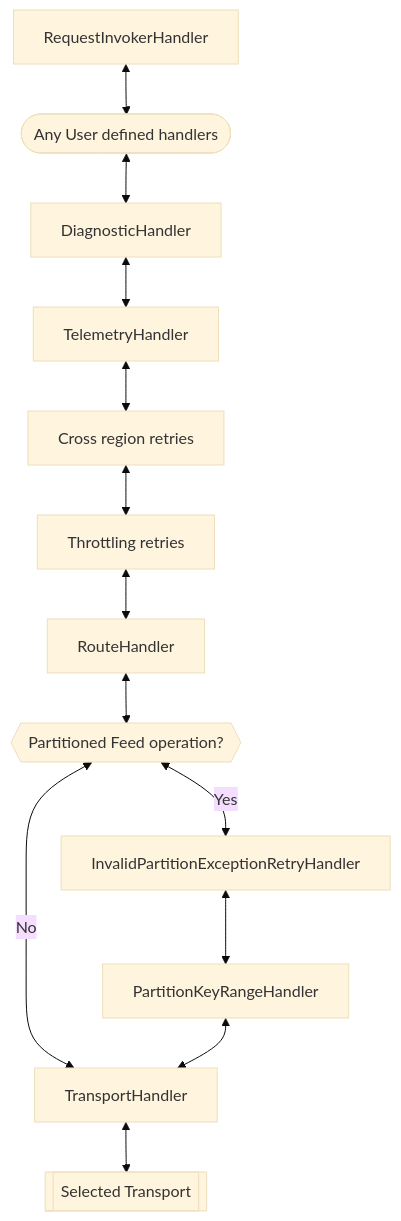
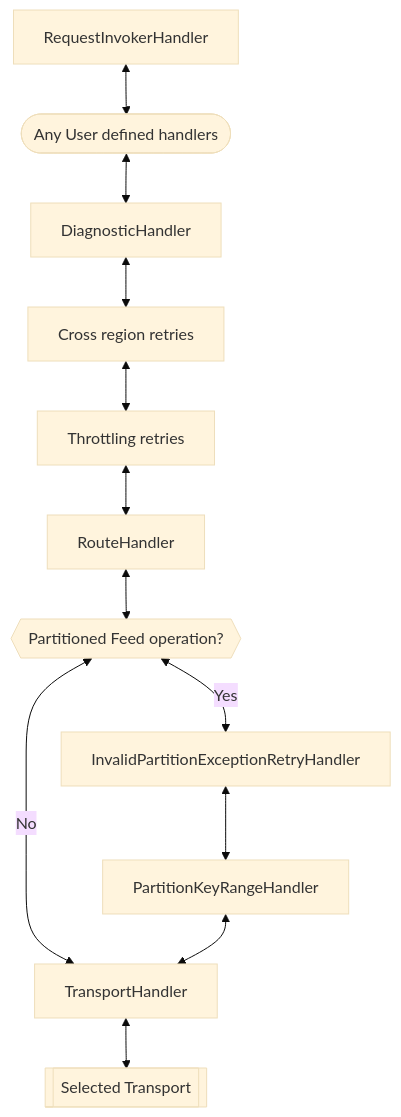
Before and after one commit to Azure/azure-cosmos-dotnet-v3: the second of 6 diagrams in docs/SdkDesign.md, drawn with Mermaid (base theme). The commit also changed 138 other files, not shown here.

````diff
--- a/docs/SdkDesign.md
+++ b/docs/SdkDesign.md
@@ -26,15 +26,14 @@
 ```mermaid
 flowchart
     RequestInvokerHandler <--> UserHandlers([Any User defined handlers])
     UserHandlers <--> DiagnosticHandler
-    DiagnosticHandler <--> TelemetryHandler
-    TelemetryHandler <--> RetryHandler[Cross region retries]
+    DiagnosticHandler <--> RetryHandler[Cross region retries]
     RetryHandler <--> ThrottlingRetries[Throttling retries]
     ThrottlingRetries <--> RouteHandler
     RouteHandler <--> IsPartitionedFeedOperation{{Partitioned Feed operation?}}
     IsPartitionedFeedOperation <-- No --> TransportHandler
     IsPartitionedFeedOperation <-- Yes --> InvalidPartitionExceptionRetryHandler
     InvalidPartitionExceptionRetryHandler <--> PartitionKeyRangeHandler
     PartitionKeyRangeHandler <--> TransportHandler
     TransportHandler <--> TransportClient[[Selected Transport]]
 ```
````
